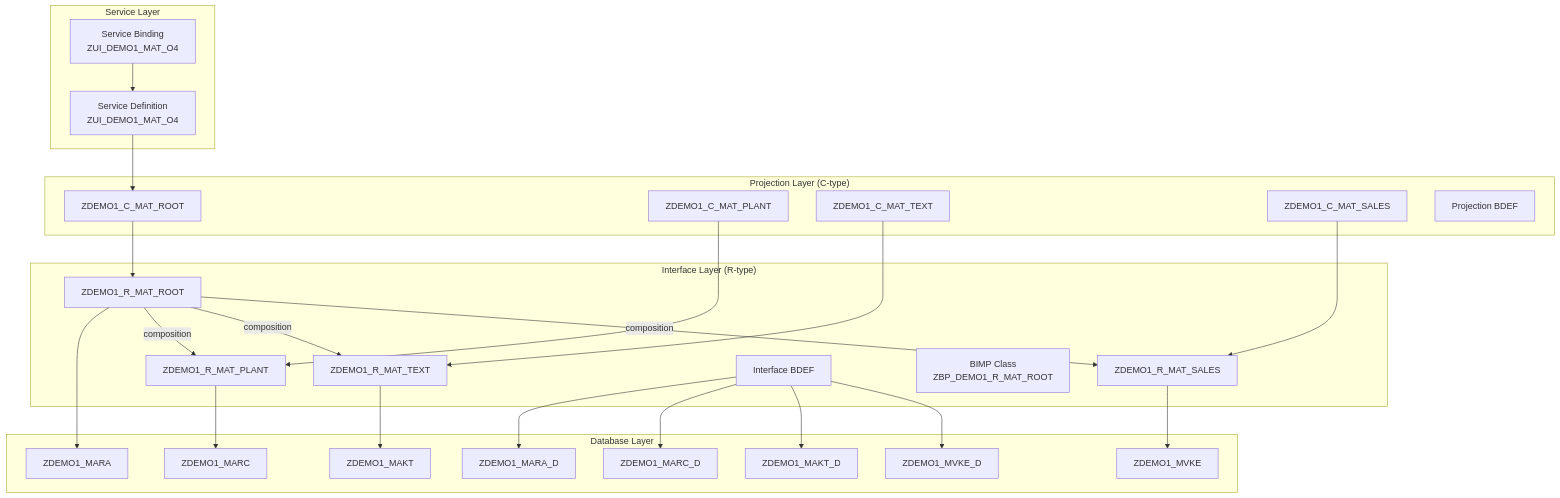
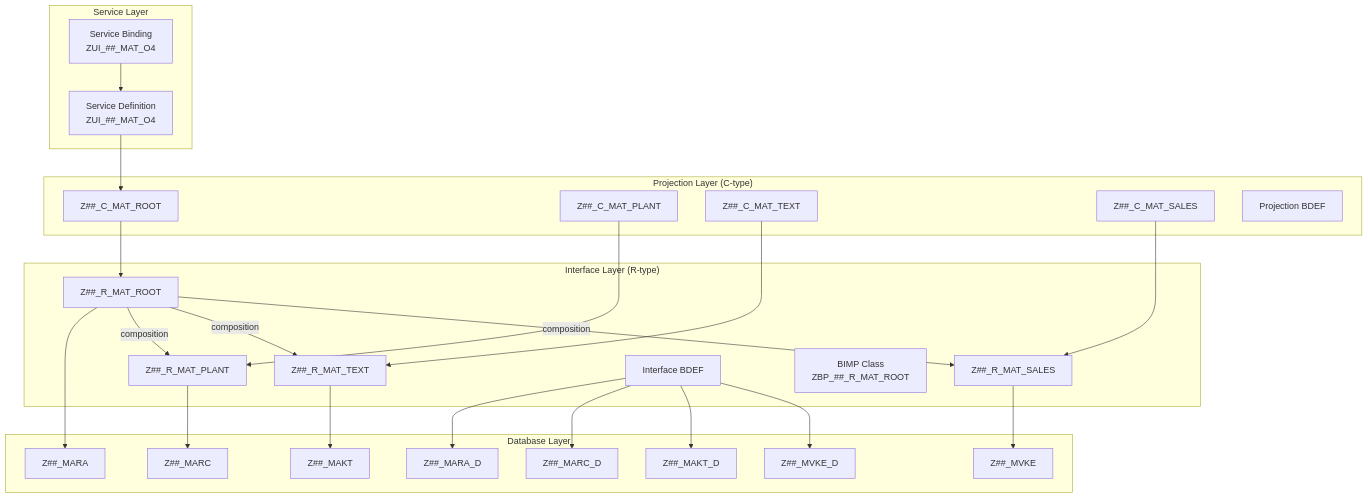
Before and after one commit to fr0ster/cloud-llm-hub: the second of 10 diagrams in docs/tutorials/rap-bo-creation.md, drawn with Mermaid. The commit also changed other lines of this file, not shown here.

````diff
--- a/docs/tutorials/rap-bo-creation.md
+++ b/docs/tutorials/rap-bo-creation.md
@@ -64,54 +64,54 @@
 ```mermaid
 graph TB
     subgraph "Service Layer"
-        SD[Service Definition<br/>ZUI_DEMO1_MAT_O4]
-        SB[Service Binding<br/>ZUI_DEMO1_MAT_O4]
+        SD[Service Definition<br/>ZUI_##_MAT_O4]
+        SB[Service Binding<br/>ZUI_##_MAT_O4]
     end
 
     subgraph "Projection Layer (C-type)"
-        CP_ROOT[ZDEMO1_C_MAT_ROOT]
-        CP_PLANT[ZDEMO1_C_MAT_PLANT]
-        CP_TEXT[ZDEMO1_C_MAT_TEXT]
-        CP_SALES[ZDEMO1_C_MAT_SALES]
+        CP_ROOT[Z##_C_MAT_ROOT]
+        CP_PLANT[Z##_C_MAT_PLANT]
+        CP_TEXT[Z##_C_MAT_TEXT]
+        CP_SALES[Z##_C_MAT_SALES]
         BDEF_P[Projection BDEF]
     end
 
     subgraph "Interface Layer (R-type)"
-        CI_ROOT[ZDEMO1_R_MAT_ROOT]
-        CI_PLANT[ZDEMO1_R_MAT_PLANT]
-        CI_TEXT[ZDEMO1_R_MAT_TEXT]
-        CI_SALES[ZDEMO1_R_MAT_SALES]
+        CI_ROOT[Z##_R_MAT_ROOT]
+        CI_PLANT[Z##_R_MAT_PLANT]
+        CI_TEXT[Z##_R_MAT_TEXT]
+        CI_SALES[Z##_R_MAT_SALES]
         BDEF_I[Interface BDEF]
-        BIMP[BIMP Class<br/>ZBP_DEMO1_R_MAT_ROOT]
+        BIMP[BIMP Class<br/>ZBP_##_R_MAT_ROOT]
     end
 
     subgraph "Database Layer"
-        T_MARA[ZDEMO1_MARA]
-        T_MARC[ZDEMO1_MARC]
-        T_MAKT[ZDEMO1_MAKT]
-        T_MVKE[ZDEMO1_MVKE]
-        T_MARA_D[ZDEMO1_MARA_D]
-        T_MARC_D[ZDEMO1_MARC_D]
-        T_MAKT_D[ZDEMO1_MAKT_D]
-        T_MVKE_D[ZDEMO1_MVKE_D]
+        T_MARA[Z##_MARA]
+        T_MARC[Z##_MARC]
+        T_MAKT[Z##_MAKT]
+        T_MVKE[Z##_MVKE]
+        T_MARA_D[Z##_MARA_D]
+        T_MARC_D[Z##_MARC_D]
+        T_MAKT_D[Z##_MAKT_D]
+        T_MVKE_D[Z##_MVKE_D]
     end
 
     SB --> SD
     SD --> CP_ROOT
     CP_ROOT --> CI_ROOT
     CP_PLANT --> CI_PLANT
     CP_TEXT --> CI_TEXT
     CP_SALES --> CI_SALES
     CI_ROOT --> T_MARA
     CI_PLANT --> T_MARC
     CI_TEXT --> T_MAKT
     CI_SALES --> T_MVKE
     BDEF_I --> T_MARA_D
     BDEF_I --> T_MARC_D
     BDEF_I --> T_MAKT_D
     BDEF_I --> T_MVKE_D
 
     CI_ROOT -- "composition" --> CI_PLANT
     CI_ROOT -- "composition" --> CI_TEXT
     CI_ROOT -- "composition" --> CI_SALES
 ```
````
